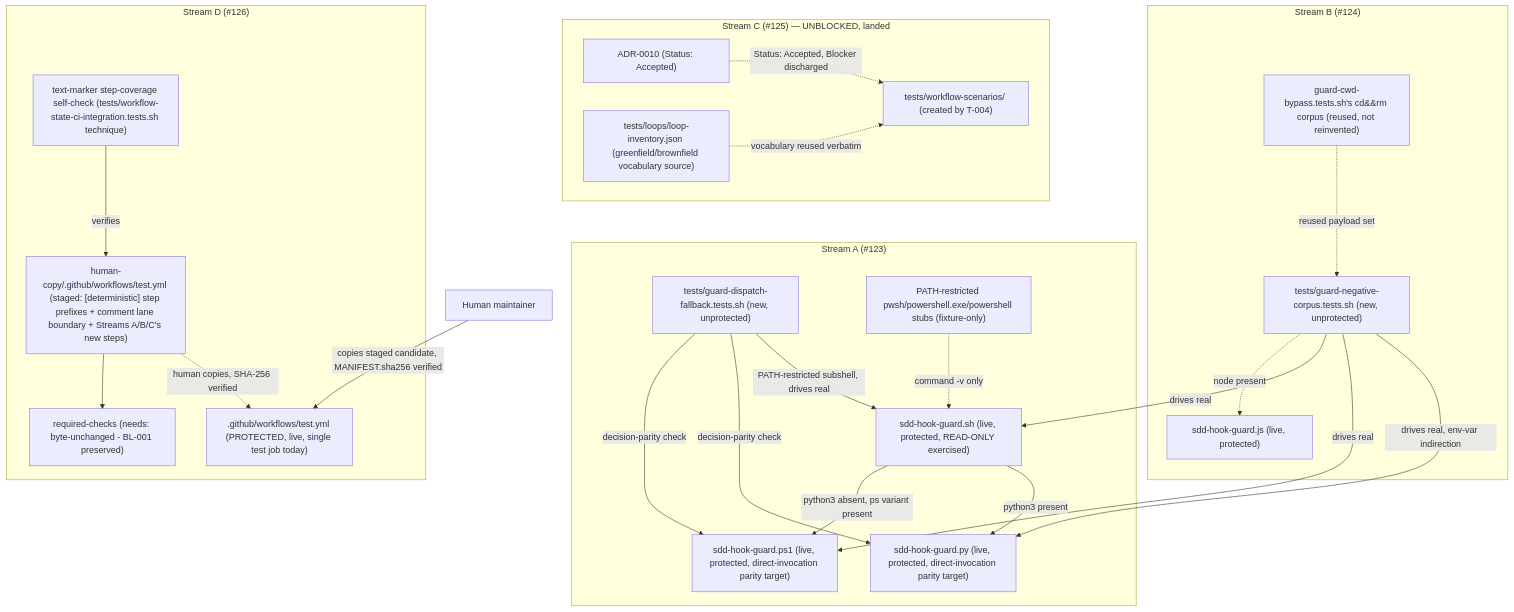
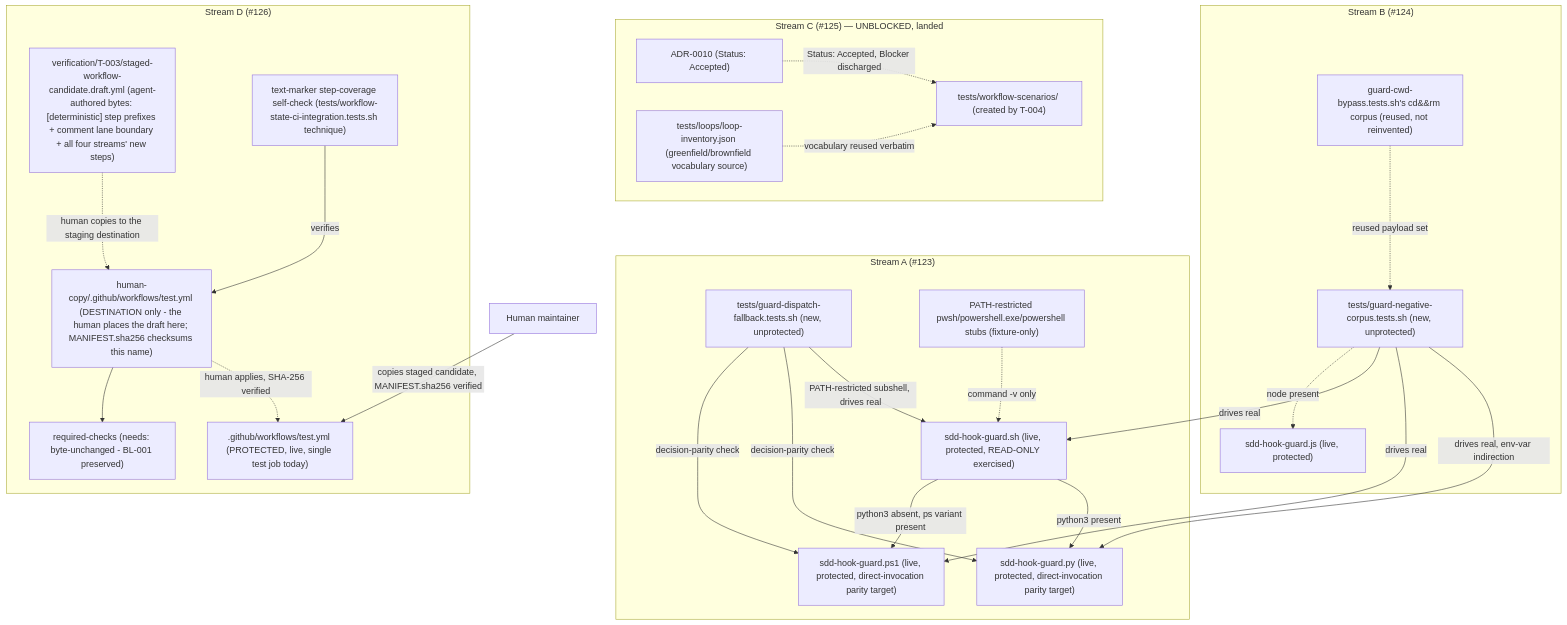
The diagram in specs/epic-136-phase3/design.md (aharada54914/sdd-forge), drawn with Mermaid before and after one commit. The commit also changed other lines of this file and 20 other files, not shown here.

First line of the commit message:
docs(spec): impl-review attempt 3 PASS + document the two-path human-copy staging

````diff
--- a/specs/epic-136-phase3/design.md
+++ b/specs/epic-136-phase3/design.md
@@ -61,46 +61,48 @@
 ```mermaid
 flowchart TB
   subgraph SA["Stream A (#123)"]
     GDF["tests/guard-dispatch-fallback.tests.sh (new, unprotected)"]
     SHGSH["sdd-hook-guard.sh (live, protected, READ-ONLY exercised)"]
     SHGPY["sdd-hook-guard.py (live, protected, direct-invocation parity target)"]
     SHGPS["sdd-hook-guard.ps1 (live, protected, direct-invocation parity target)"]
     PWSHSTUB["PATH-restricted pwsh/powershell.exe/powershell stubs (fixture-only)"]
     GDF -->|PATH-restricted subshell, drives real| SHGSH
     SHGSH -->|python3 present| SHGPY
     SHGSH -->|python3 absent, ps variant present| SHGPS
     PWSHSTUB -.->|command -v only| SHGSH
     GDF -->|decision-parity check| SHGPY
     GDF -->|decision-parity check| SHGPS
   end
 
   subgraph SB["Stream B (#124)"]
     GNC["tests/guard-negative-corpus.tests.sh (new, unprotected)"]
     CWDCORPUS["guard-cwd-bypass.tests.sh's cd&&rm corpus (reused, not reinvented)"]
     GNC -->|drives real, env-var indirection| SHGPY
     GNC -->|drives real| SHGPS
     GNC -->|drives real| SHGSH
     GNC -.->|node present| SHGJS["sdd-hook-guard.js (live, protected)"]
     CWDCORPUS -.->|reused payload set| GNC
   end
 
   subgraph SC["Stream C (#125) — UNBLOCKED, landed"]
     ADR0010["ADR-0010 (Status: Accepted)"]
     WFSCEN["tests/workflow-scenarios/ (created by T-004)"]
     LOOPINV["tests/loops/loop-inventory.json (greenfield/brownfield vocabulary source)"]
     ADR0010 -.->|Status: Accepted, Blocker discharged| WFSCEN
     LOOPINV -.->|vocabulary reused verbatim| WFSCEN
   end
 
   subgraph SD["Stream D (#126)"]
     TESTYML_LIVE[".github/workflows/test.yml (PROTECTED, live, single test job today)"]
-    TESTYML_HC["human-copy/.github/workflows/test.yml (staged: [deterministic] step prefixes + comment lane boundary + Streams A/B/C's new steps)"]
+    TESTYML_DRAFT["verification/T-003/staged-workflow-candidate.draft.yml (agent-authored bytes: [deterministic] step prefixes + comment lane boundary + all four streams' new steps)"]
+    TESTYML_HC["human-copy/.github/workflows/test.yml (DESTINATION only - the human places the draft here; MANIFEST.sha256 checksums this name)"]
     RC["required-checks (needs: byte-unchanged - BL-001 preserved)"]
     SELFCHECK["text-marker step-coverage self-check (tests/workflow-state-ci-integration.tests.sh technique)"]
-    TESTYML_HC -.->|human copies, SHA-256 verified| TESTYML_LIVE
+    TESTYML_DRAFT -.->|human copies to the staging destination| TESTYML_HC
+    TESTYML_HC -.->|human applies, SHA-256 verified| TESTYML_LIVE
     TESTYML_HC --> RC
     SELFCHECK -->|verifies| TESTYML_HC
   end
 
   HUMAN["Human maintainer"] -->|copies staged candidate, MANIFEST.sha256 verified| TESTYML_LIVE
 ```
````
